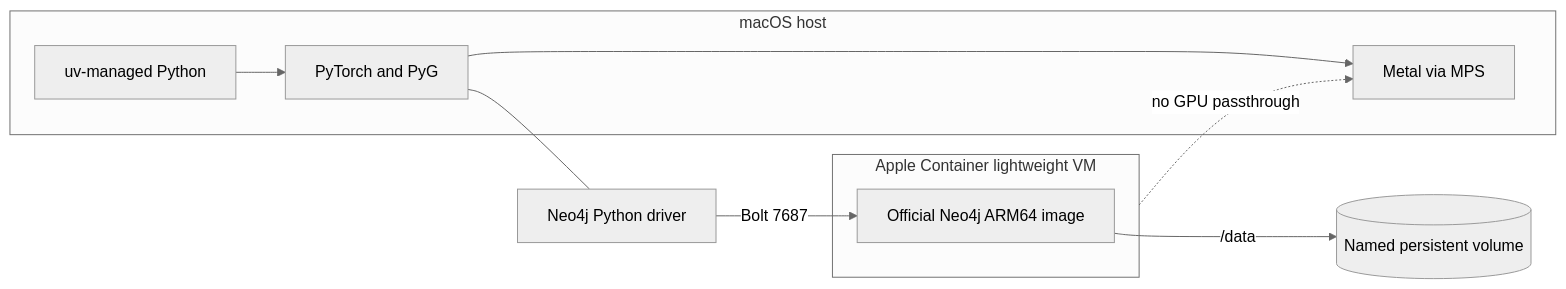
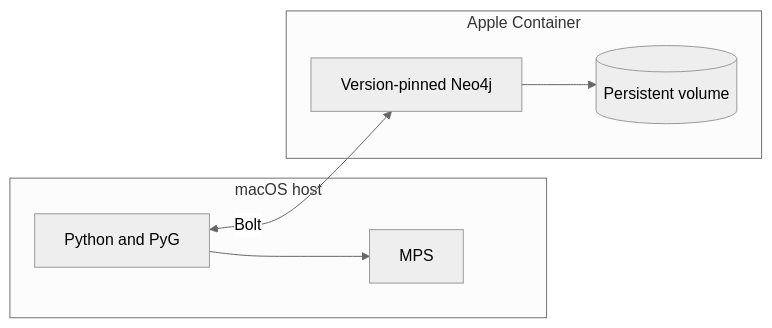
One commit to gh-andirdju/ml changed the diagram in docs/02-local-development/apple-silicon.md. Above: the diagram before and after it, drawn with Mermaid (neutral theme). The commit also changed other lines of this file and 19 other files, not shown here.

Commit message:
Add verified local MPS and Neo4j POC

````diff
--- a/docs/02-local-development/apple-silicon.md
+++ b/docs/02-local-development/apple-silicon.md
@@ -49,22 +14,16 @@
 ```mermaid
 flowchart LR
-    subgraph host[macOS host]
-        python[uv-managed Python]
-        pytorch[PyTorch and PyG]
-        metal[Metal via MPS]
-        python --> pytorch --> metal
+    subgraph macos[macOS host]
+        python[Python and PyG]
+        mps[MPS]
+        python --> mps
     end
 
-    subgraph applecontainer[Apple Container lightweight VM]
-        neo4j[Official Neo4j ARM64 image]
+    subgraph runtime[Apple Container]
+        neo[Version-pinned Neo4j]
+        volume[(Persistent volume)]
+        neo --> volume
     end
 
-    data[(Named persistent volume)]
-    client[Neo4j Python driver]
-
-    pytorch --- client
-    client -->|Bolt 7687| neo4j
-    neo4j -->|/data| data
-
-    applecontainer -. no GPU passthrough .-> metal
+    python <-->|Bolt| neo
 ```
````
